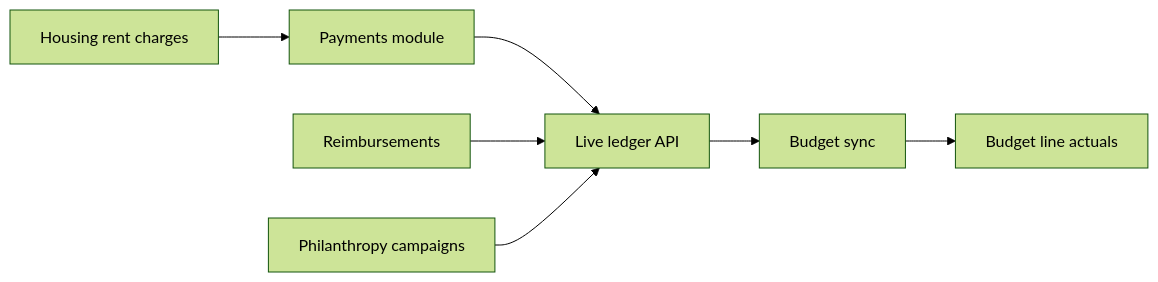
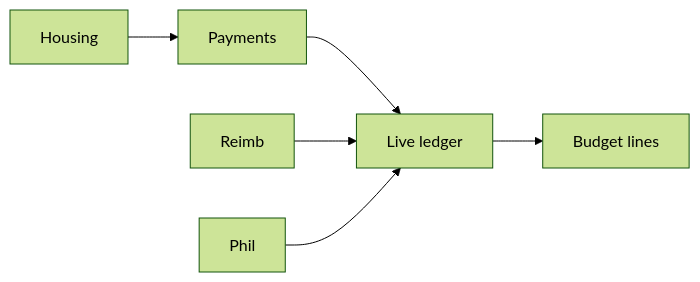
Before and after one commit to AmanAnoop/TouseOS: the diagram in docs/product-status.md, drawn with Mermaid (forest theme). The commit also changed other lines of this file and 25 other files, not shown here.

````diff
--- a/docs/product-status.md
+++ b/docs/product-status.md
@@ -64,9 +65,8 @@
 ```mermaid
 flowchart LR
-  Payments[Payments module] --> Ledger[Live ledger API]
-  Reimb[Reimbursements] --> Ledger
-  Phil[Philanthropy campaigns] --> Ledger
-  Housing[Housing rent charges] --> Payments
-  Ledger --> Sync[Budget sync]
-  Sync --> Lines[Budget line actuals]
+  Payments --> Ledger[Live ledger]
+  Reimb --> Ledger
+  Phil --> Ledger
+  Housing --> Payments
+  Ledger --> Budget[Budget lines]
 ```
````
